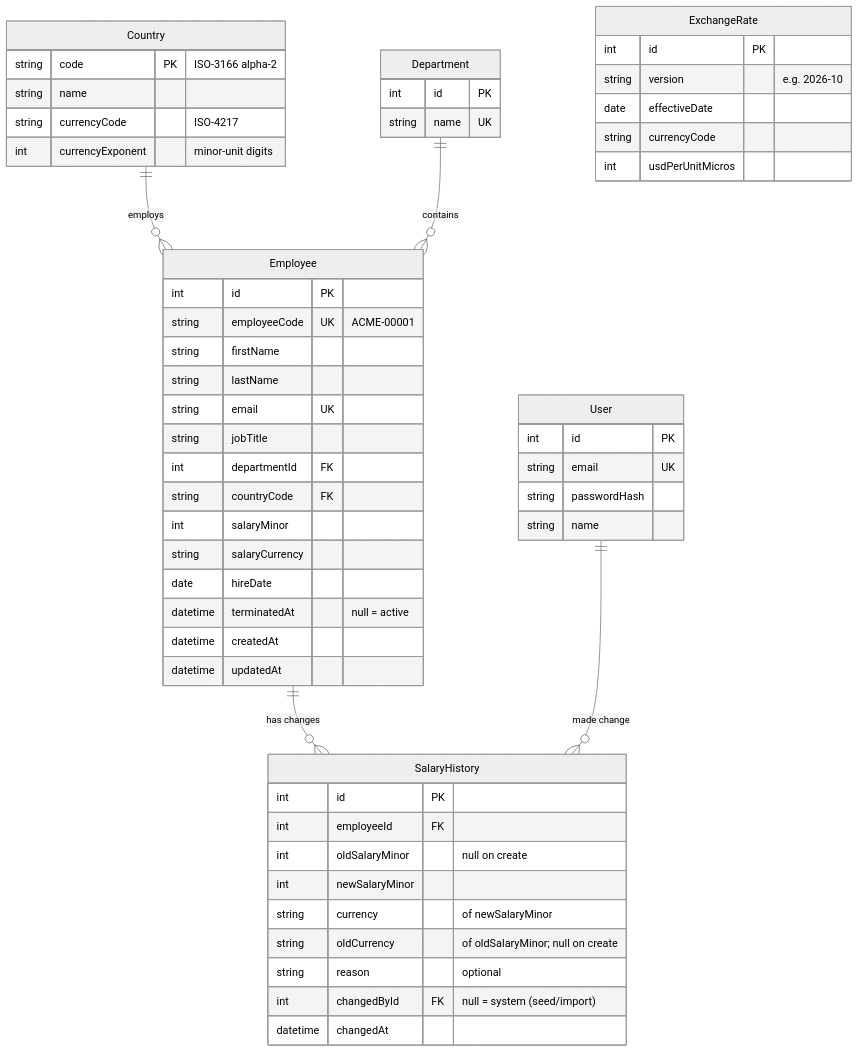
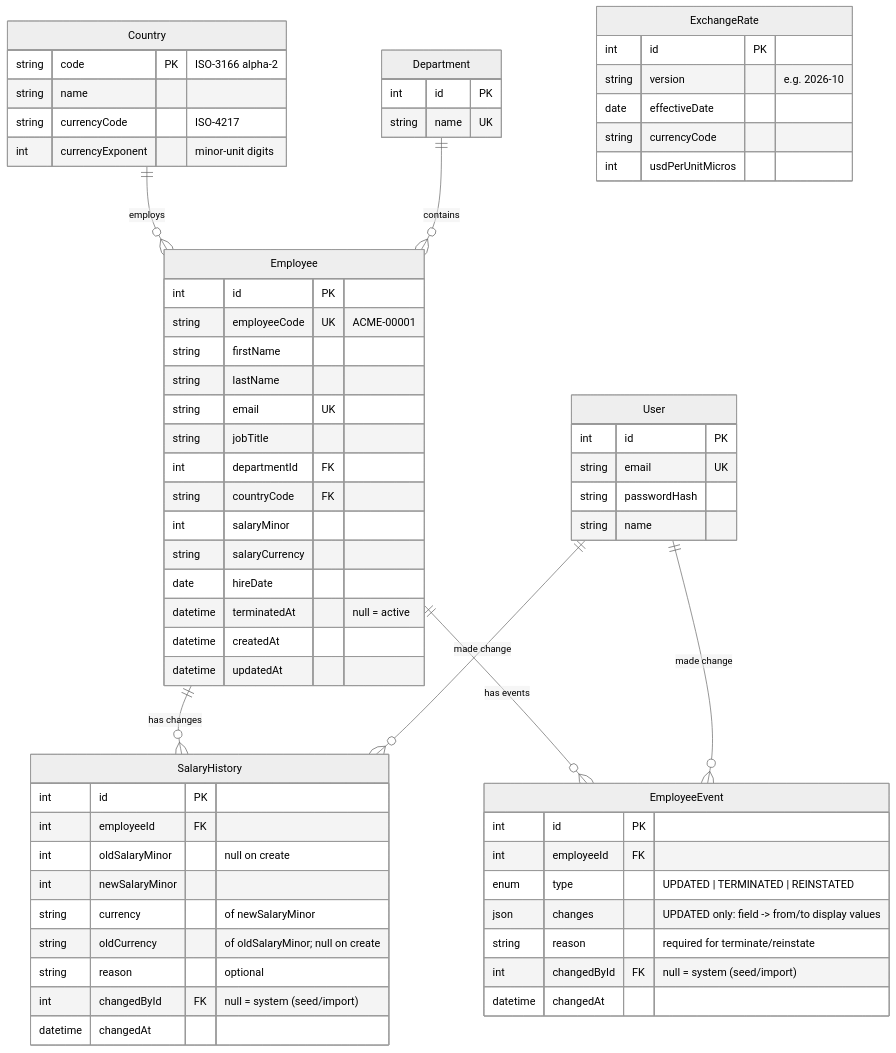
The second of 2 diagrams in context/architecture.md (bilalaslam1122/acme-salary-manager), drawn with Mermaid (neutral theme) before and after one commit. The commit also changed other lines of this file and 27 other files, not shown here.

````diff
--- a/context/architecture.md
+++ b/context/architecture.md
@@ -81,58 +81,69 @@
 ```mermaid
 erDiagram
   Country ||--o{ Employee : employs
   Department ||--o{ Employee : contains
   Employee ||--o{ SalaryHistory : "has changes"
   User ||--o{ SalaryHistory : "made change"
+  Employee ||--o{ EmployeeEvent : "has events"
+  User ||--o{ EmployeeEvent : "made change"
 
   Country {
     string code PK "ISO-3166 alpha-2"
     string name
     string currencyCode "ISO-4217"
     int currencyExponent "minor-unit digits"
   }
   Department {
     int id PK
     string name UK
   }
   Employee {
     int id PK
     string employeeCode UK "ACME-00001"
     string firstName
     string lastName
     string email UK
     string jobTitle
     int departmentId FK
     string countryCode FK
     int salaryMinor
     string salaryCurrency
     date hireDate
     datetime terminatedAt "null = active"
     datetime createdAt
     datetime updatedAt
   }
   ExchangeRate {
     int id PK
     string version "e.g. 2026-10"
     date effectiveDate
     string currencyCode
     int usdPerUnitMicros
   }
   SalaryHistory {
     int id PK
     int employeeId FK
     int oldSalaryMinor "null on create"
     int newSalaryMinor
     string currency "of newSalaryMinor"
     string oldCurrency "of oldSalaryMinor; null on create"
     string reason "optional"
     int changedById FK "null = system (seed/import)"
     datetime changedAt
   }
+  EmployeeEvent {
+    int id PK
+    int employeeId FK
+    enum type "UPDATED | TERMINATED | REINSTATED"
+    json changes "UPDATED only: field -> from/to display values"
+    string reason "required for terminate/reinstate"
+    int changedById FK "null = system (seed/import)"
+    datetime changedAt
+  }
   User {
     int id PK
     string email UK
     string passwordHash
     string name
   }
 ```
````
